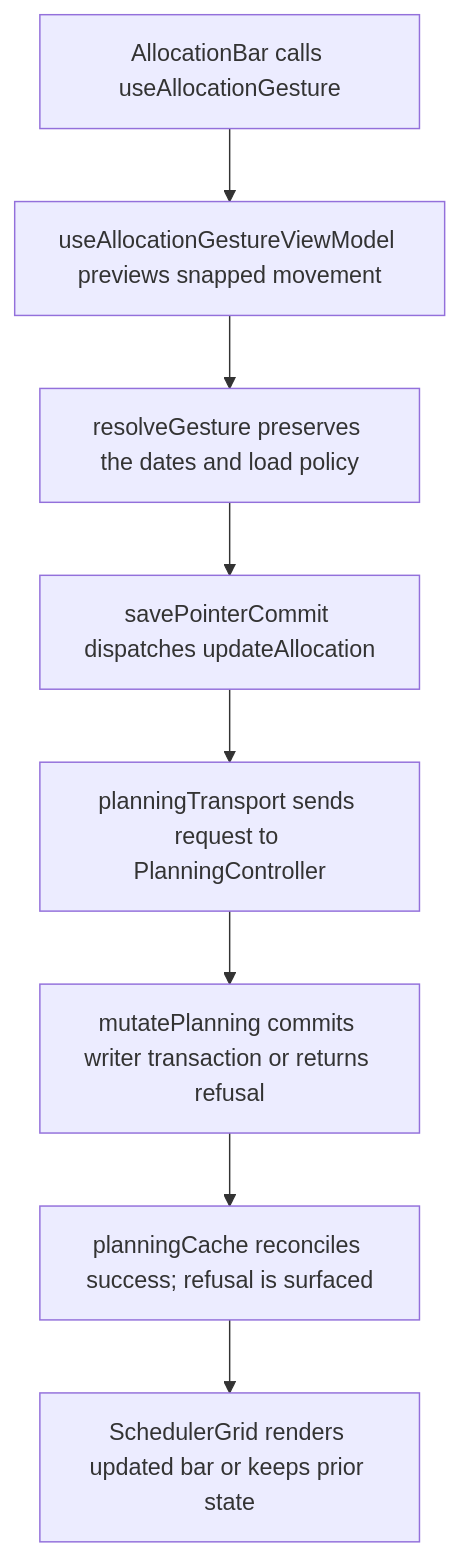
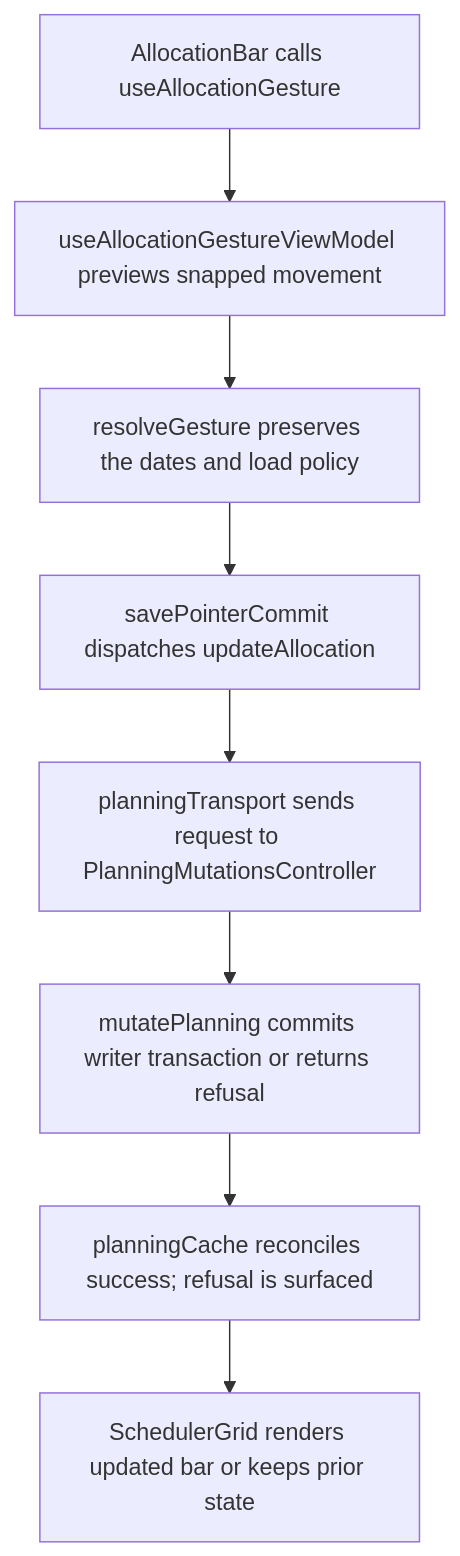
One commit to Kevinjohn/capacitylens changed the second of 2 diagrams in user-stories/scheduler/US-SCH-04-move-drag.md. Above: the diagram before and after it, drawn with Mermaid. The commit also changed other lines of this file and 139 other files, not shown here.

````diff
--- a/user-stories/scheduler/US-SCH-04-move-drag.md
+++ b/user-stories/scheduler/US-SCH-04-move-drag.md
@@ -33,10 +33,10 @@
 ```mermaid
 flowchart TD
   A["AllocationBar calls useAllocationGesture"] --> B["useAllocationGestureViewModel previews snapped movement"]
   B --> C["resolveGesture preserves the dates and load policy"]
   C --> D["savePointerCommit dispatches updateAllocation"]
-  D --> E["planningTransport sends request to PlanningController"]
+  D --> E["planningTransport sends request to PlanningMutationsController"]
   E --> F["mutatePlanning commits writer transaction or returns refusal"]
   F --> G["planningCache reconciles success; refusal is surfaced"]
   G --> H["SchedulerGrid renders updated bar or keeps prior state"]
 ```
````
